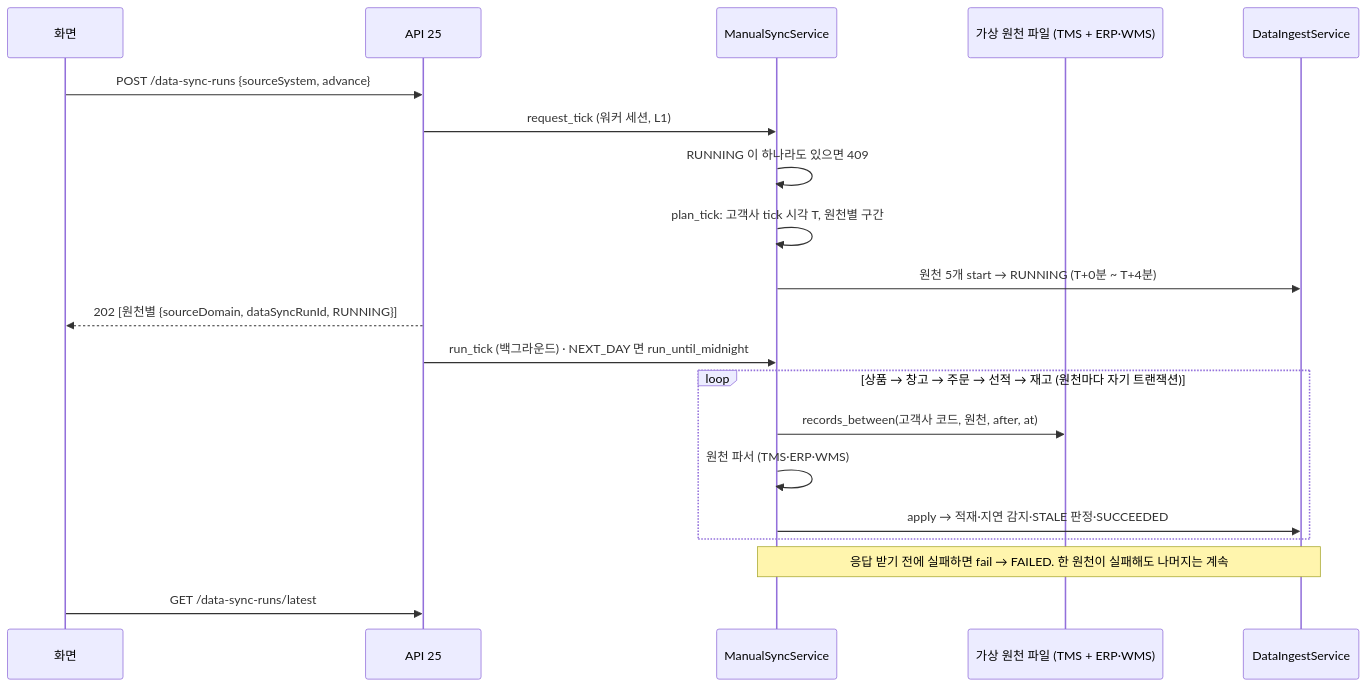
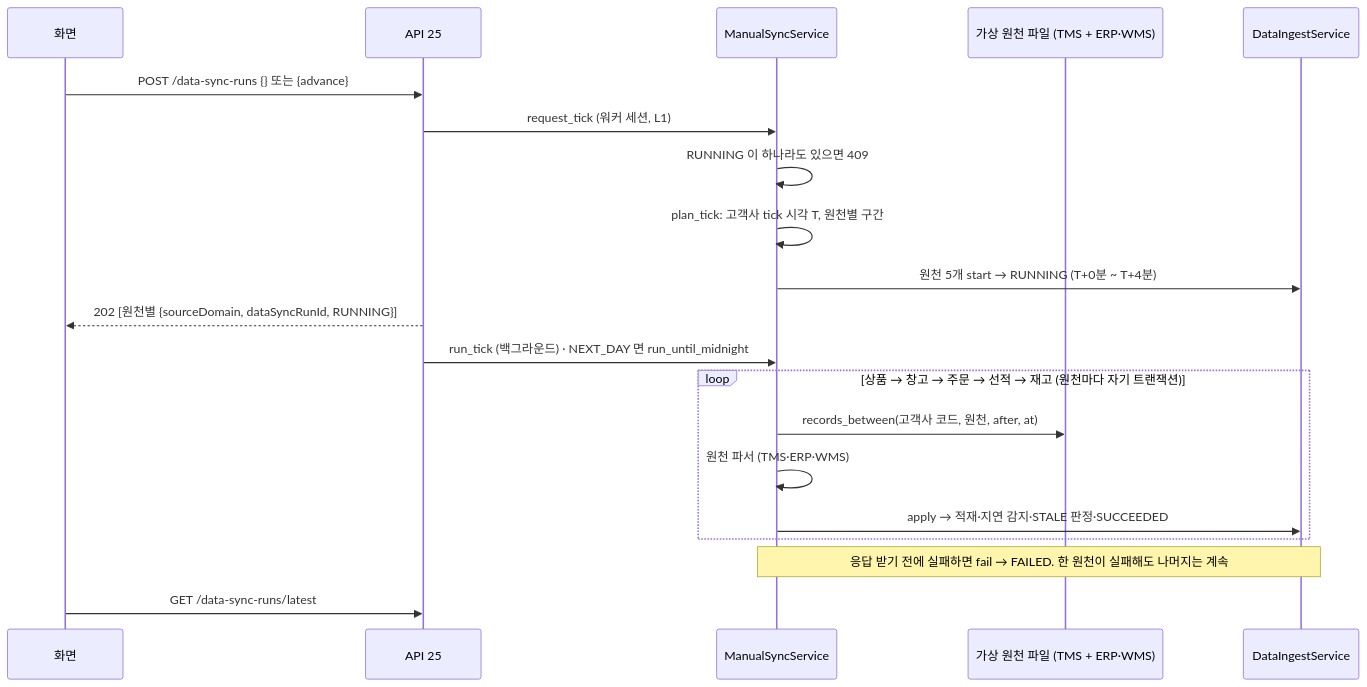
One commit to K-GlowShip/glowship-server changed the diagram in docs/data-sync/manual-sync.md. Above: the diagram before and after it, drawn with Mermaid. The commit also changed other lines of this file and 8 other files, not shown here.

Commit message:
feat(data_sync): API 25 본문 선택 — 동기화 버튼 하나로 원천 값 없이 다섯 원천 수집 #GLOW-13

````diff
--- a/docs/data-sync/manual-sync.md
+++ b/docs/data-sync/manual-sync.md
@@ -22,22 +22,22 @@
 ```mermaid
 sequenceDiagram
     participant W as 화면
     participant A as API 25
     participant M as ManualSyncService
     participant V as 가상 원천 파일 (TMS + ERP·WMS)
     participant I as DataIngestService
-    W->>A: POST /data-sync-runs {sourceSystem, advance}
+    W->>A: POST /data-sync-runs {} 또는 {advance}
     A->>M: request_tick (워커 세션, L1)
     M->>M: RUNNING 이 하나라도 있으면 409
     M->>M: plan_tick: 고객사 tick 시각 T, 원천별 구간
     M->>I: 원천 5개 start → RUNNING (T+0분 ~ T+4분)
     A-->>W: 202 [원천별 {sourceDomain, dataSyncRunId, RUNNING}]
     A->>M: run_tick (백그라운드) · NEXT_DAY 면 run_until_midnight
     loop 상품 → 창고 → 주문 → 선적 → 재고 (원천마다 자기 트랜잭션)
         M->>V: records_between(고객사 코드, 원천, after, at)
         M->>M: 원천 파서 (TMS·ERP·WMS)
         M->>I: apply → 적재·지연 감지·STALE 판정·SUCCEEDED
     end
     Note over M,I: 응답 받기 전에 실패하면 fail → FAILED. 한 원천이 실패해도 나머지는 계속
     W->>A: GET /data-sync-runs/latest
 ```
````
